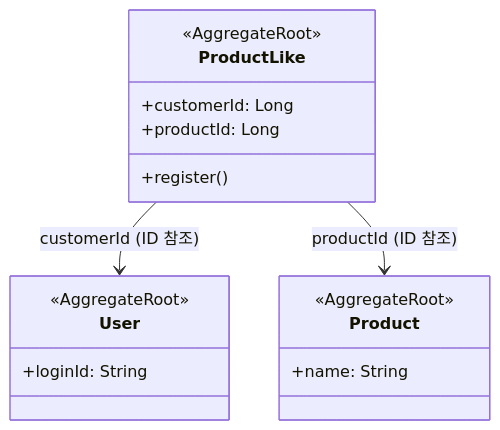
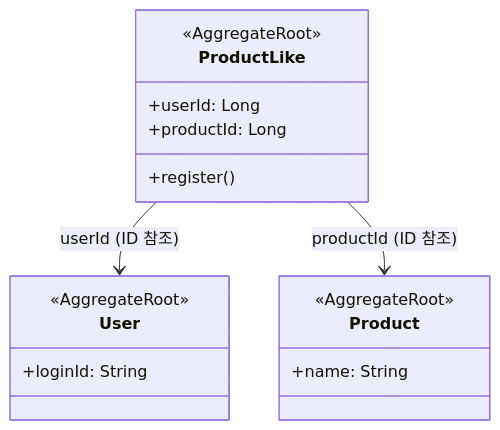
The ninth of 19 diagrams in docs/design/02-class-diagram.md (Loopers-dev-lab/loop-pack-be-l2-vol3-kotlin), drawn with Mermaid before and after one commit. The commit also changed other lines of this file and 4 other files, not shown here.

````diff
--- a/docs/design/02-class-diagram.md
+++ b/docs/design/02-class-diagram.md
@@ -501,22 +555,22 @@
 ```mermaid
 classDiagram
     class ProductLike {
         <<AggregateRoot>>
-        +customerId: Long
+        +userId: Long
         +productId: Long
         +register()
     }
 
     class User {
         <<AggregateRoot>>
         +loginId: String
     }
 
     class Product {
         <<AggregateRoot>>
         +name: String
     }
 
-    ProductLike --> User: customerId (ID 참조)
+    ProductLike --> User: userId (ID 참조)
     ProductLike --> Product: productId (ID 참조)
 ```
````
